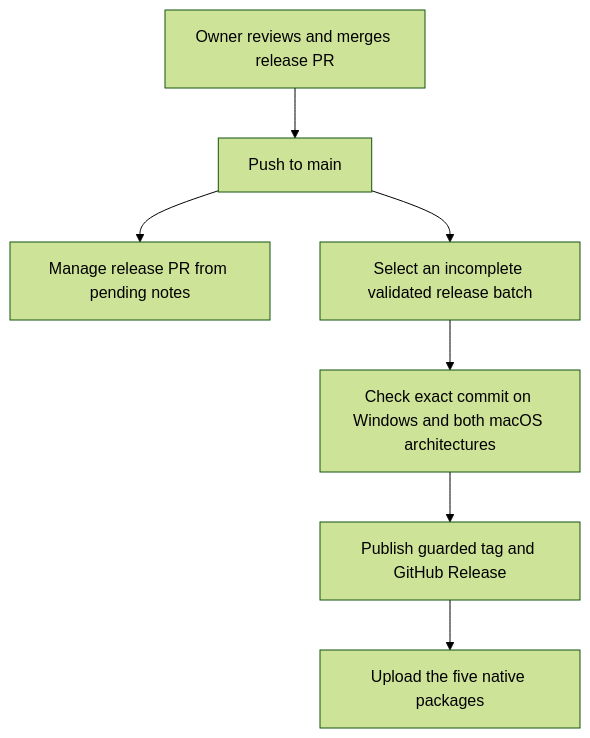
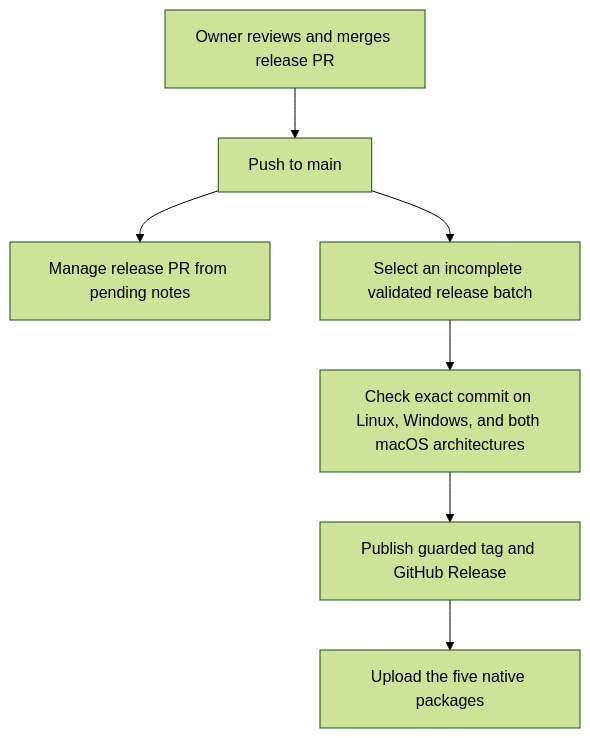
The diagram in packaging/README.md (narumiruna/mangameeya-rust), drawn with Mermaid (forest theme) before and after one commit. The commit also changed other lines of this file and 5 other files, not shown here.

````diff
--- a/packaging/README.md
+++ b/packaging/README.md
@@ -133,9 +139,9 @@
 ```mermaid
 flowchart TD
     Push[Push to main] --> PR[Manage release PR from pending notes]
     Push --> Select[Select an incomplete validated release batch]
     Merge[Owner reviews and merges release PR] --> Push
-    Select --> CI[Check exact commit on Windows and both macOS architectures]
+    Select --> CI[Check exact commit on Linux, Windows, and both macOS architectures]
     CI --> Publish[Publish guarded tag and GitHub Release]
     Publish --> Upload[Upload the five native packages]
 ```
````
